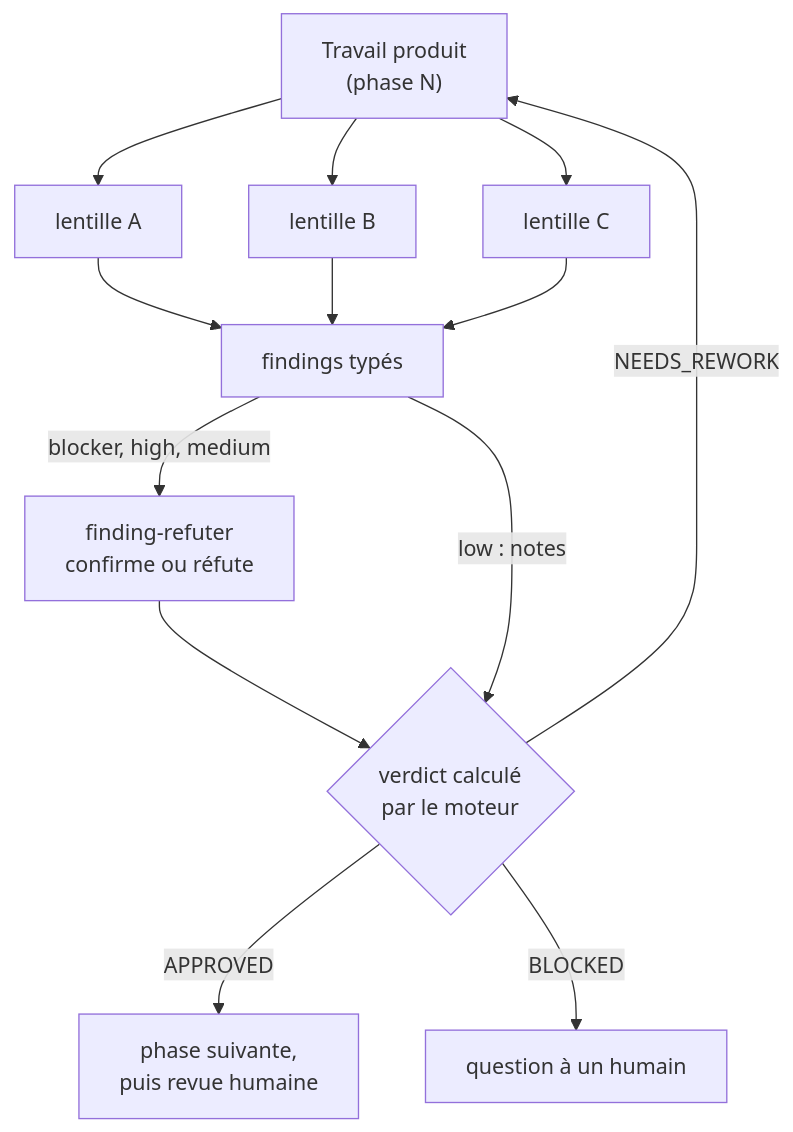
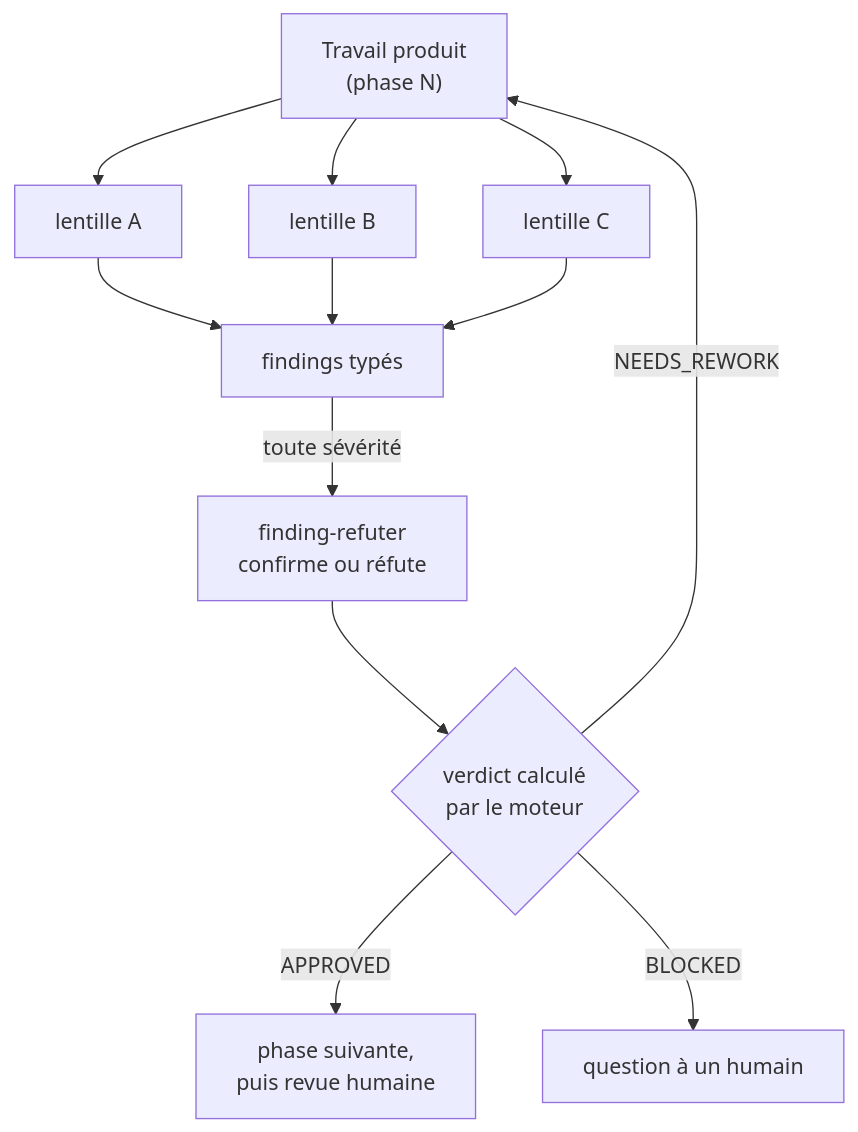
One commit to SebastienDegodez/skraft-plugin changed the diagram in docs/website/i18n/fr/docusaurus-plugin-content-docs/current/explanation/deep-dive/review-before-review.md. Above: the diagram before and after it, drawn with Mermaid. The commit also changed other lines of this file and 82 other files, not shown here.

````diff
--- a/docs/website/i18n/fr/docusaurus-plugin-content-docs/current/explanation/deep-dive/review-before-review.md
+++ b/docs/website/i18n/fr/docusaurus-plugin-content-docs/current/explanation/deep-dive/review-before-review.md
@@ -46,11 +46,10 @@
 ```mermaid
 flowchart TB
     W["Travail produit<br/>(phase N)"] --> L1["lentille A"] & L2["lentille B"] & L3["lentille C"]
     L1 & L2 & L3 --> F["findings typés"]
-    F -->|blocker, high, medium| R["finding-refuter<br/>confirme ou réfute"]
+    F -->|toute sévérité| R["finding-refuter<br/>confirme ou réfute"]
     R --> V{"verdict calculé<br/>par le moteur"}
-    F -->|low : notes| V
     V -->|APPROVED| N["phase suivante,<br/>puis revue humaine"]
     V -->|NEEDS_REWORK| W
     V -->|BLOCKED| H["question à un humain"]
 ```
````
